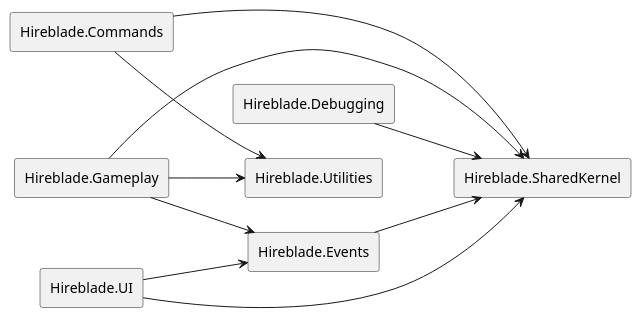
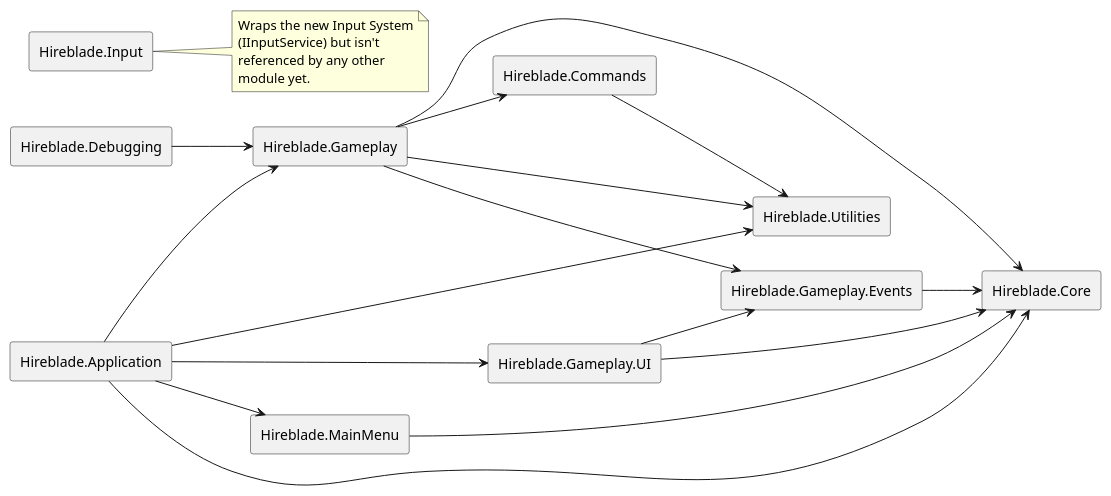
Before and after one commit to WendellLeao/hireblade: the diagram in Assets/_Project/Docs/UML/HirebladeAssemblies.puml, drawn with PlantUML. The commit also changed 5 other files, not shown here.

Commit message:
docs: refresh UML diagrams to match current architecture

```diff
--- a/Assets/_Project/Docs/UML/HirebladeAssemblies.puml
+++ b/Assets/_Project/Docs/UML/HirebladeAssemblies.puml
@@ -1,29 +1,49 @@
 @startuml
 
 left to right direction
 skinparam componentStyle rectangle
 
+component "Hireblade.Application" as Application
 component "Hireblade.Commands" as Commands
 component "Hireblade.Debugging" as Debugging
 component "Hireblade.Gameplay" as Gameplay
-component "Hireblade.UI" as UI
+component "Hireblade.Gameplay.UI" as GameplayUI
+component "Hireblade.Input" as Input
+component "Hireblade.MainMenu" as MainMenu
 
 together {
-    component "Hireblade.Events" as Events
-    component "Hireblade.SharedKernel" as SharedKernel
+    component "Hireblade.Core" as Core
+    component "Hireblade.Gameplay.Events" as Events
     component "Hireblade.Utilities" as Utilities
 }
 
-Gameplay --> SharedKernel
-Commands --> SharedKernel
-Debugging --> SharedKernel
-Events --> SharedKernel
-UI --> SharedKernel
+Application --> Core
+Application --> Utilities
+Application --> Gameplay
+Application --> GameplayUI
+Application --> MainMenu
 
+Debugging --> Gameplay
+
+Gameplay --> Commands
+Gameplay --> Core
 Gameplay --> Events
-UI --> Events
+Gameplay --> Utilities
+
+GameplayUI --> Core
+GameplayUI --> Events
+
+Events --> Core
 
 Commands --> Utilities
-Gameplay --> Utilities
+
+MainMenu --> Core
+
+note right of Input
+  Wraps the new Input System
+  (IInputService) but isn't
+  referenced by any other
+  module yet.
+end note
 
 @enduml
```
